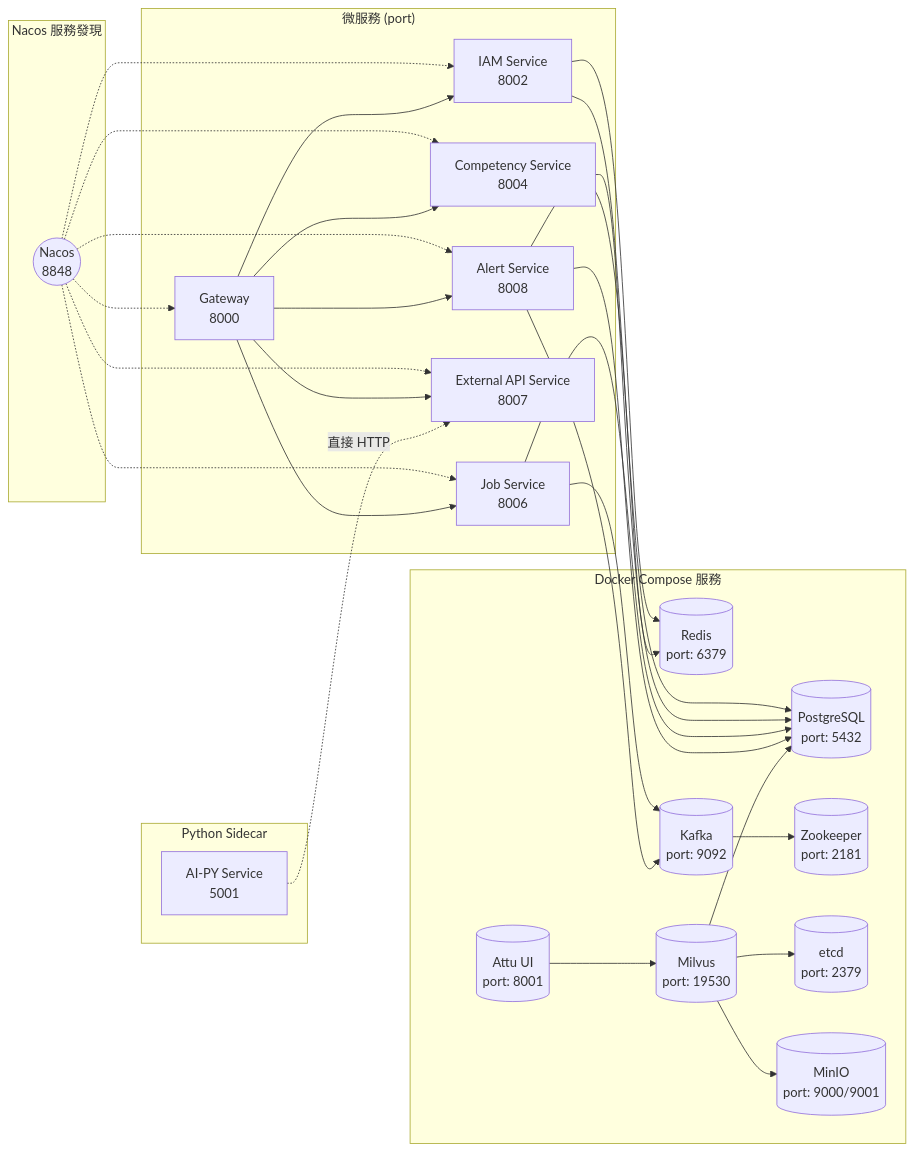
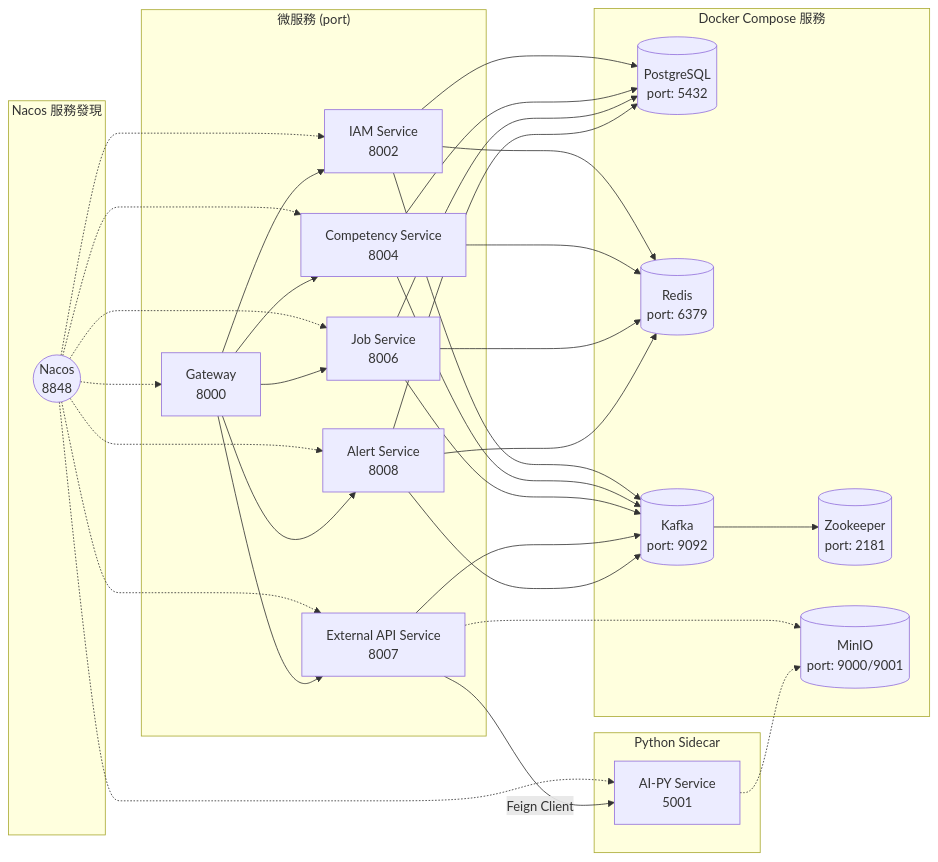
The fourth of 11 diagrams in README.md (twinatrick/Backend-Architecture-Lab), drawn with Mermaid before and after one commit. The commit also changed other lines of this file and 1 other file, not shown here.

````diff
--- a/README.md
+++ b/README.md
@@ -196,43 +199,37 @@
 ```mermaid
 graph LR
     subgraph "Docker Compose 服務"
         PG[(PostgreSQL<br/>port: 5432)]
         RD[(Redis<br/>port: 6379)]
         ZK[(Zookeeper<br/>port: 2181)]
         KF[(Kafka<br/>port: 9092)]
-        ETCD[(etcd<br/>port: 2379)]
         MINIO[(MinIO<br/>port: 9000/9001)]
-        MILVUS[(Milvus<br/>port: 19530)]
-        ATTU[(Attu UI<br/>port: 8001)]
     end
 
     subgraph "微服務 (port)"
         GW[Gateway<br/>8000]
         IAM[IAM Service<br/>8002]
         COMP[Competency Service<br/>8004]
         JOB[Job Service<br/>8006]
         EXT[External API Service<br/>8007]
         ALT[Alert Service<br/>8008]
     end
 
     subgraph "Python Sidecar"
         AIPY[AI-PY Service<br/>5001]
     end
 
     subgraph "Nacos 服務發現"
         NC((Nacos<br/>8848))
     end
 
-    NC -.-> GW & IAM & COMP & JOB & EXT & ALT
+    NC -.-> GW & IAM & COMP & JOB & EXT & ALT & AIPY
 
     GW --> IAM & COMP & JOB & EXT & ALT
-    AIPY -.->|直接 HTTP| EXT
+    EXT -->|Feign Client| AIPY
     IAM & COMP & JOB & ALT --> PG
-    IAM & ALT --> RD
-    JOB & ALT --> KF
+    IAM & COMP & JOB & ALT --> RD
+    IAM & COMP & JOB & EXT & ALT --> KF
     KF --> ZK
-    MILVUS --> ETCD
-    MILVUS --> MINIO
-    MILVUS --> PG
-    ATTU --> MILVUS
+    EXT & AIPY -.-> MINIO
 ```
````
